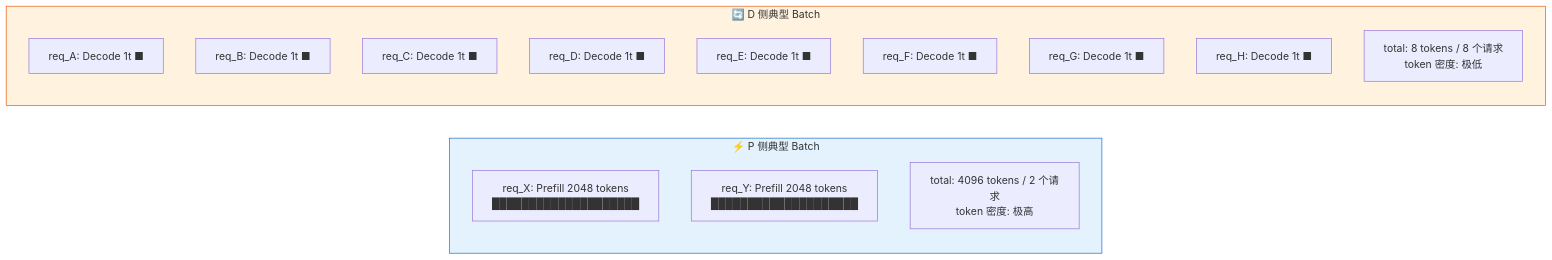
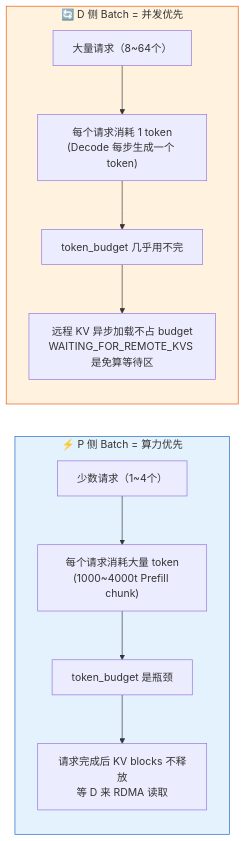
The seventh of 7 diagrams in vllm-learning-path/03-调度与KV缓存/13-PD分离组Batch详解.md (keyuanweb/ai-learning-path), drawn with Mermaid before and after one commit. The commit also changed other lines of this file, not shown here.

First line of the commit message:
docs: 重写PD分离组Batch详解，优化全部图表为Mermaid

````diff
--- a/vllm-learning-path/03-调度与KV缓存/13-PD分离组Batch详解.md
+++ b/vllm-learning-path/03-调度与KV缓存/13-PD分离组Batch详解.md
@@ -249,25 +274,23 @@
 ```mermaid
 flowchart LR
-    subgraph P_BATCH["⚡ P 侧典型 Batch"]
+    subgraph P_SUMMARY["⚡ P 侧 Batch = 算力优先"]
         direction TB
-        P_ITEM1["req_X: Prefill 2048 tokens<br/>████████████████████"]
-        P_ITEM2["req_Y: Prefill 2048 tokens<br/>████████████████████"]
-        P_SUM["total: 4096 tokens / 2 个请求<br/>token 密度: 极高"]
+        PS1["少数请求（1~4个）"]
+        PS2["每个请求消耗大量 token<br/>(1000~4000t Prefill chunk)"]
+        PS3["token_budget 是瓶颈"]
+        PS4["请求完成后 KV blocks 不释放<br/>等 D 来 RDMA 读取"]
+        PS1 --> PS2 --> PS3 --> PS4
     end
 
-    subgraph D_BATCH["🔄 D 侧典型 Batch"]
+    subgraph D_SUMMARY["🔄 D 侧 Batch = 并发优先"]
         direction TB
-        D_ITEM1["req_A: Decode 1t ■"]
-        D_ITEM2["req_B: Decode 1t ■"]
-        D_ITEM3["req_C: Decode 1t ■"]
-        D_ITEM4["req_D: Decode 1t ■"]
-        D_ITEM5["req_E: Decode 1t ■"]
-        D_ITEM6["req_F: Decode 1t ■"]
-        D_ITEM7["req_G: Decode 1t ■"]
-        D_ITEM8["req_H: Decode 1t ■"]
-        D_SUM["total: 8 tokens / 8 个请求<br/>token 密度: 极低"]
+        DS1["大量请求（8~64个）"]
+        DS2["每个请求消耗 1 token<br/>(Decode 每步生成一个 token)"]
+        DS3["token_budget 几乎用不完"]
+        DS4["远程 KV 异步加载不占 budget<br/>WAITING_FOR_REMOTE_KVS 是免算等待区"]
+        DS1 --> DS2 --> DS3 --> DS4
     end
 
-    style P_BATCH fill:#e3f2fd,stroke:#1565c0
-    style D_BATCH fill:#fff3e0,stroke:#e65100
+    style P_SUMMARY fill:#e3f2fd,stroke:#1565c0
+    style D_SUMMARY fill:#fff3e0,stroke:#e65100
 ```
````
